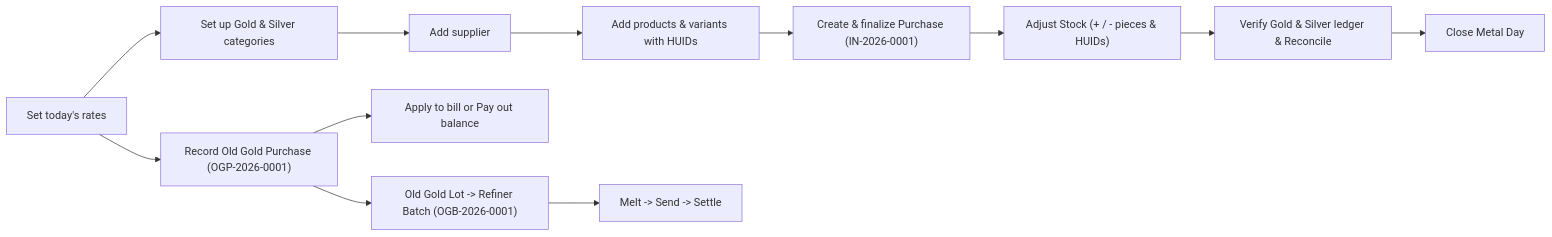
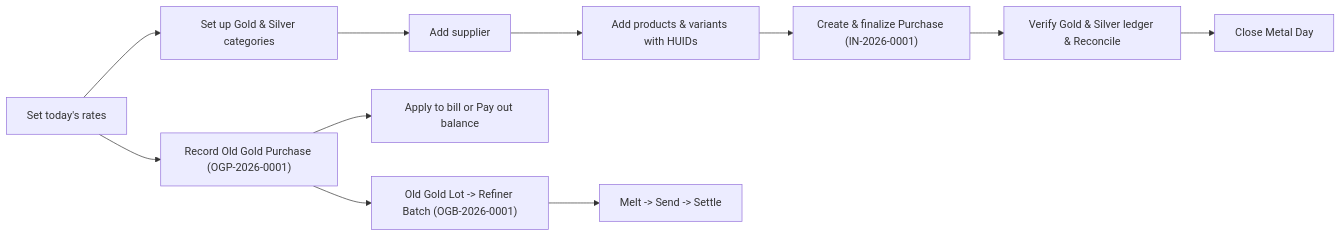
The diagram in docs/inventory-user-manual.md (SarathDeveloper/amman-jewellers-Desktop-software), drawn with Mermaid before and after one commit. The commit also changed other lines of this file and 8 other files, not shown here.

First line of the commit message:
Remove Adjust stock so piece inventory only changes through purchase and sales.

````diff
--- a/docs/inventory-user-manual.md
+++ b/docs/inventory-user-manual.md
@@ -136,14 +127,13 @@
 ```mermaid
 flowchart LR
   rates["Set today's rates"] --> categories["Set up Gold & Silver categories"]
   categories --> supplier["Add supplier"]
   supplier --> products["Add products & variants with HUIDs"]
   products --> purchase["Create & finalize Purchase (IN-2026-0001)"]
-  purchase --> adjust["Adjust Stock (+ / - pieces & HUIDs)"]
-  adjust --> stockLedger["Verify Gold & Silver ledger & Reconcile"]
+  purchase --> stockLedger["Verify Gold & Silver ledger & Reconcile"]
   stockLedger --> closeDay["Close Metal Day"]
   rates --> oldGold["Record Old Gold Purchase (OGP-2026-0001)"]
   oldGold --> payout["Apply to bill or Pay out balance"]
   oldGold --> refiner["Old Gold Lot -> Refiner Batch (OGB-2026-0001)"]
   refiner --> settle["Melt -> Send -> Settle"]
 ```
````
